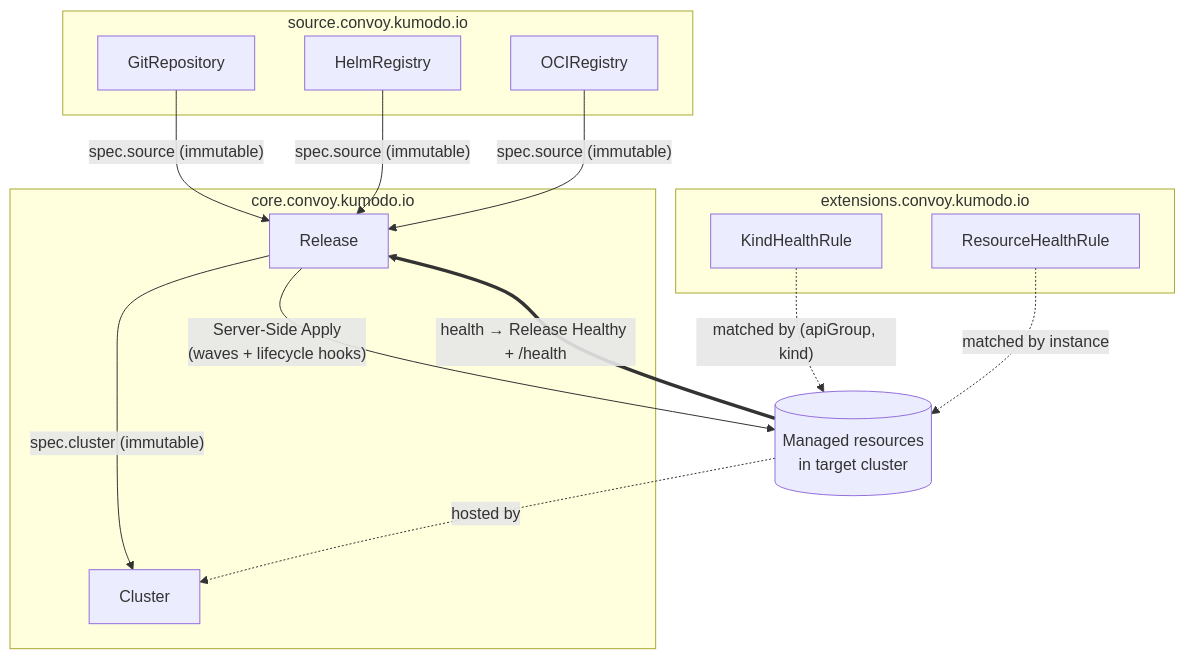
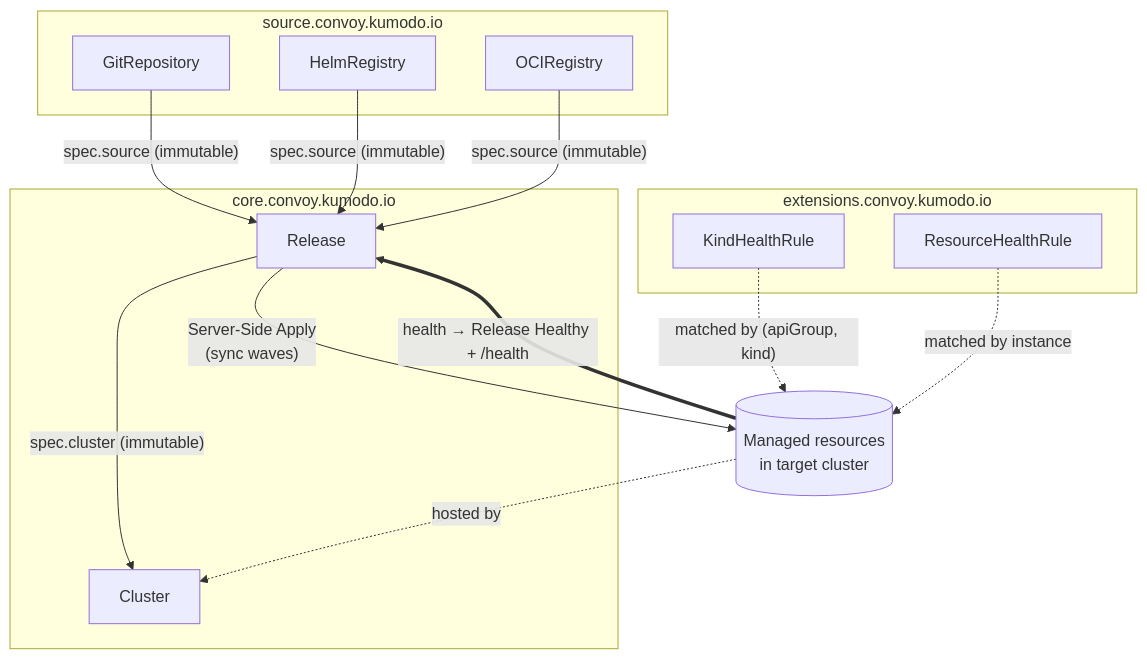
One commit to kumodo-io/convoy changed the diagram in docs/design/api/00-overview.md. Above: the diagram before and after it, drawn with Mermaid. The commit also changed other lines of this file and 3 other files, not shown here.

````diff
--- a/docs/design/api/00-overview.md
+++ b/docs/design/api/00-overview.md
@@ -39,30 +39,30 @@
 ```mermaid
 flowchart TD
     subgraph source["source.convoy.kumodo.io"]
         GR[GitRepository]
         HR[HelmRegistry]
         OR[OCIRegistry]
     end
 
     subgraph core["core.convoy.kumodo.io"]
         REL[Release]
         CL[Cluster]
     end
 
     subgraph extensions["extensions.convoy.kumodo.io"]
         KHR[KindHealthRule]
         RHR[ResourceHealthRule]
     end
 
     MR[("Managed resources<br/>in target cluster")]
 
     GR -->|"spec.source (immutable)"| REL
     HR -->|"spec.source (immutable)"| REL
     OR -->|"spec.source (immutable)"| REL
     REL -->|"spec.cluster (immutable)"| CL
-    REL -->|"Server-Side Apply<br/>(waves + lifecycle hooks)"| MR
+    REL -->|"Server-Side Apply<br/>(sync waves)"| MR
     MR -.->|"hosted by"| CL
     KHR -.->|"matched by (apiGroup, kind)"| MR
     RHR -.->|"matched by instance"| MR
     MR ==>|"health → Release Healthy + /health"| REL
 ```
````
